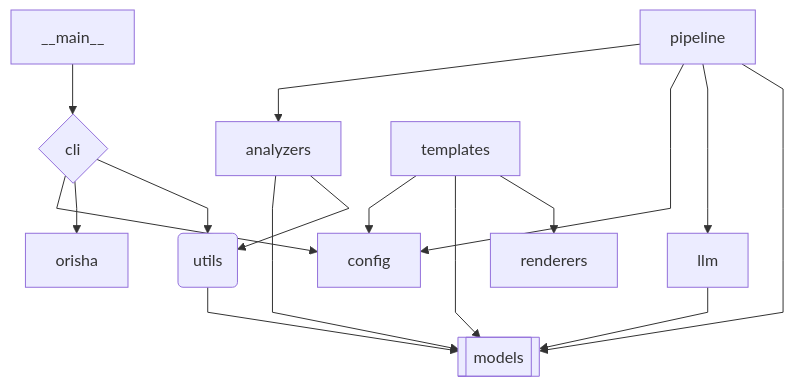
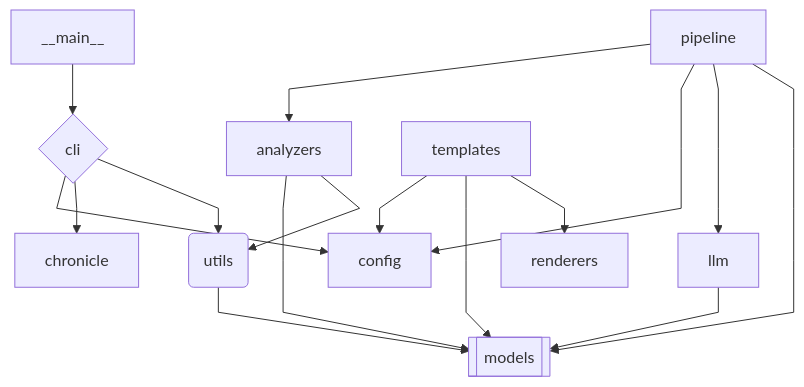
Before and after one commit to patrickchugh/chronicle: the diagram in docs/SYSTEM.md, drawn with Mermaid. The commit also changed other lines of this file and 138 other files, not shown here.

````diff
--- a/docs/SYSTEM.md
+++ b/docs/SYSTEM.md
@@ -121,33 +121,33 @@
 ```mermaid
 %%{init: {'flowchart': {'curve': 'linear'}}}%%
 flowchart TD
-    %% orisha Module Dependencies
+    %% chronicle Module Dependencies
 
-    orisha["orisha"]
-    orisha___main__["__main__"]
-    orisha_analyzers["analyzers"]
-    orisha_cli{"cli"}
-    orisha_config["config"]
-    orisha_llm["llm"]
-    orisha_models[["models"]]
-    orisha_pipeline["pipeline"]
-    orisha_renderers["renderers"]
-    orisha_templates["templates"]
-    orisha_utils("utils")
+    chronicle["chronicle"]
+    chronicle___main__["__main__"]
+    chronicle_analyzers["analyzers"]
+    chronicle_cli{"cli"}
+    chronicle_config["config"]
+    chronicle_llm["llm"]
+    chronicle_models[["models"]]
+    chronicle_pipeline["pipeline"]
+    chronicle_renderers["renderers"]
+    chronicle_templates["templates"]
+    chronicle_utils("utils")
 
-    orisha_cli --> orisha_config
-    orisha_templates --> orisha_config
-    orisha_analyzers --> orisha_models
-    orisha_pipeline --> orisha_analyzers
-    orisha___main__ --> orisha_cli
-    orisha_templates --> orisha_models
-    orisha_analyzers --> orisha_utils
-    orisha_cli --> orisha
-    orisha_llm --> orisha_models
-    orisha_utils --> orisha_models
-    orisha_pipeline --> orisha_config
-    orisha_cli --> orisha_utils
-    orisha_templates --> orisha_renderers
-    orisha_pipeline --> orisha_llm
-    orisha_pipeline --> orisha_models
+    chronicle_cli --> chronicle_config
+    chronicle_templates --> chronicle_config
+    chronicle_analyzers --> chronicle_models
+    chronicle_pipeline --> chronicle_analyzers
+    chronicle___main__ --> chronicle_cli
+    chronicle_templates --> chronicle_models
+    chronicle_analyzers --> chronicle_utils
+    chronicle_cli --> chronicle
+    chronicle_llm --> chronicle_models
+    chronicle_utils --> chronicle_models
+    chronicle_pipeline --> chronicle_config
+    chronicle_cli --> chronicle_utils
+    chronicle_templates --> chronicle_renderers
+    chronicle_pipeline --> chronicle_llm
+    chronicle_pipeline --> chronicle_models
 ```
````
